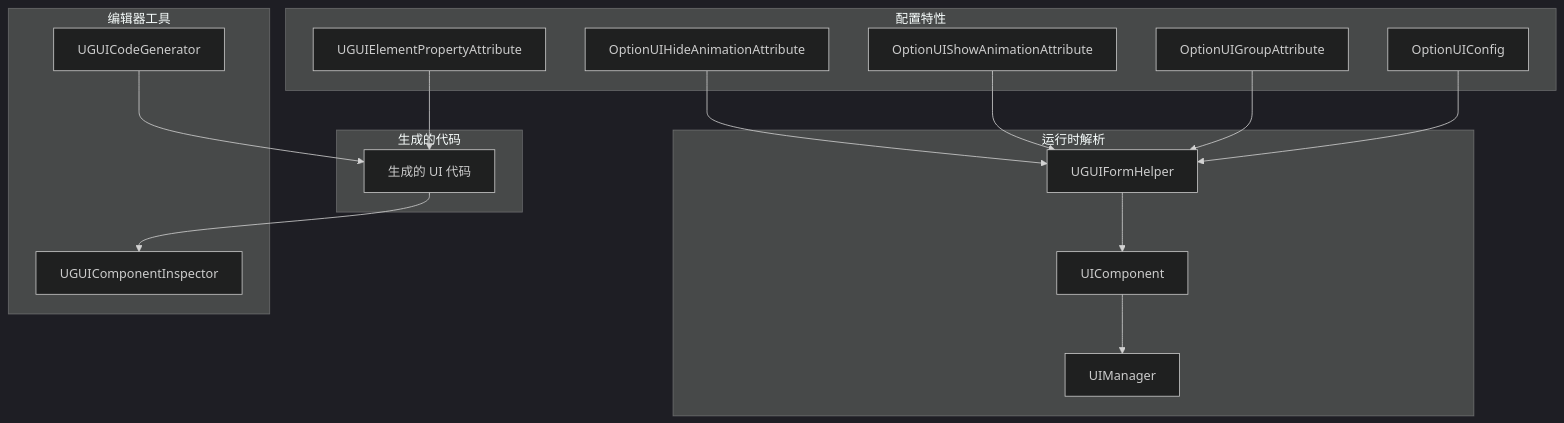
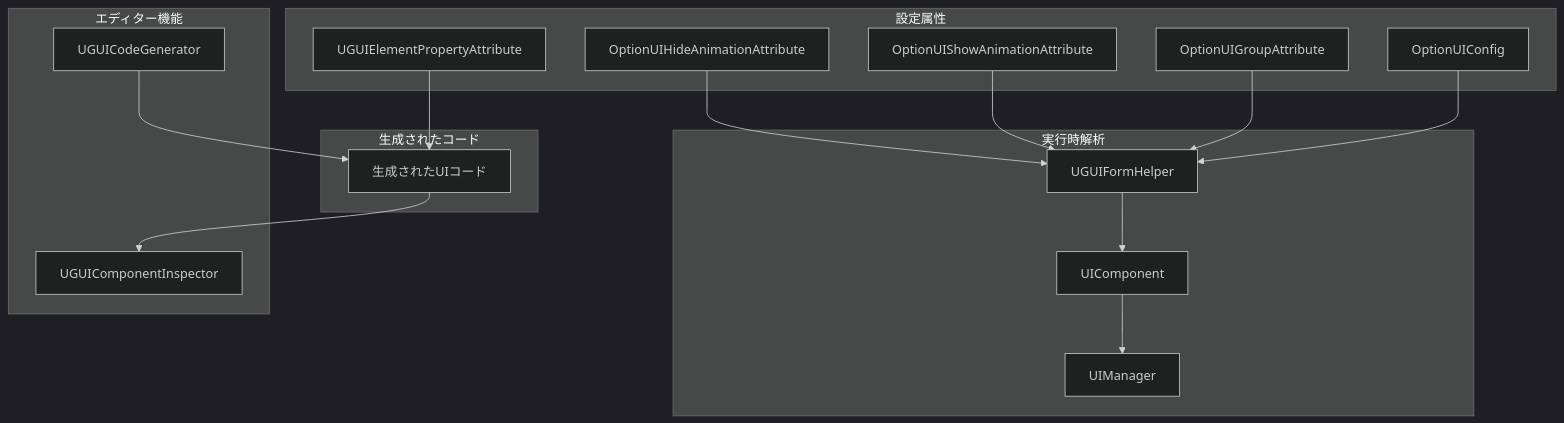
One commit to AlianBlank/GameFrameX.Docs changed the first of 2 diagrams in docs/ja/client/unity/component/ui-ugui/14.configuration.md. Above: the diagram before and after it, drawn with Mermaid (dark theme). The commit also changed other lines of this file and 320 other files, not shown here.

````diff
--- a/docs/ja/client/unity/component/ui-ugui/14.configuration.md
+++ b/docs/ja/client/unity/component/ui-ugui/14.configuration.md
@@ -23,35 +23,35 @@
 ```mermaid
 graph TD
-    subgraph 特性层["配置特性"]
+    subgraph 特性層["設定属性"]
         OA[OptionUIConfig]
         OGA[OptionUIGroupAttribute]
         OSA[OptionUIShowAnimationAttribute]
         OHA[OptionUIHideAnimationAttribute]
         UEPA[UGUIElementPropertyAttribute]
     end
 
-    subgraph 运行时["运行时解析"]
+    subgraph 运行时["実行時解析"]
         UFH[UGUIFormHelper]
         UCF[UIComponent]
         UM[UIManager]
     end
 
-    subgraph 编辑器["编辑器工具"]
+    subgraph エディター["エディター機能"]
         UCG[UGUICodeGenerator]
         UCIG[UGUIComponentInspector]
     end
 
-    subgraph 生成的代码["生成的代码"]
-        GCT[生成的 UI 代码]
+    subgraph 生成的コード["生成されたコード"]
+        GCT[生成されたUIコード]
     end
 
     OA --> UFH
     OGA --> UFH
     OSA --> UFH
     OHA --> UFH
     UEPA --> GCT
     GCT --> UCIG
     UCG --> GCT
     UFH --> UCF
     UCF --> UM
 ```
````
